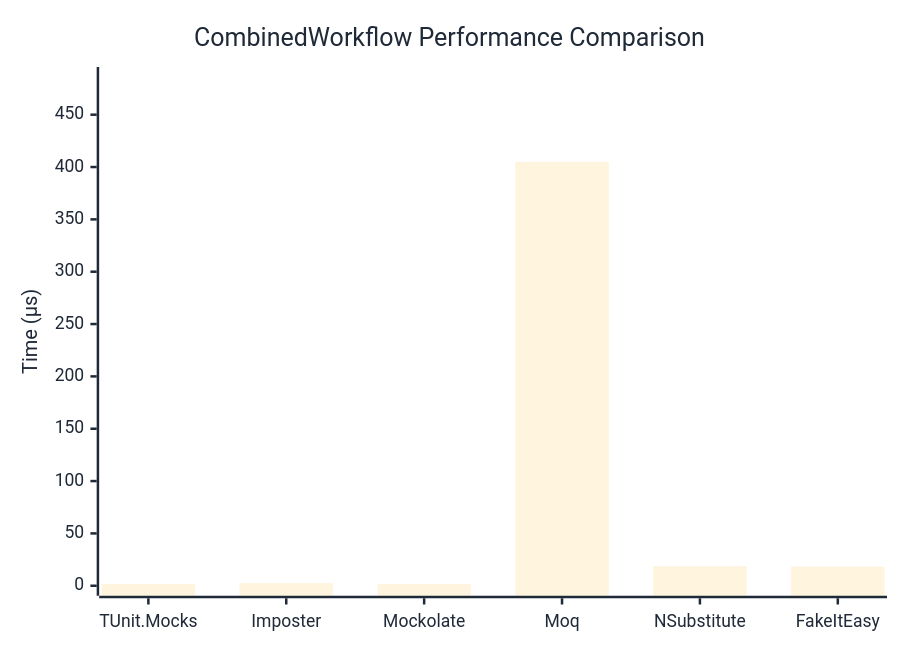
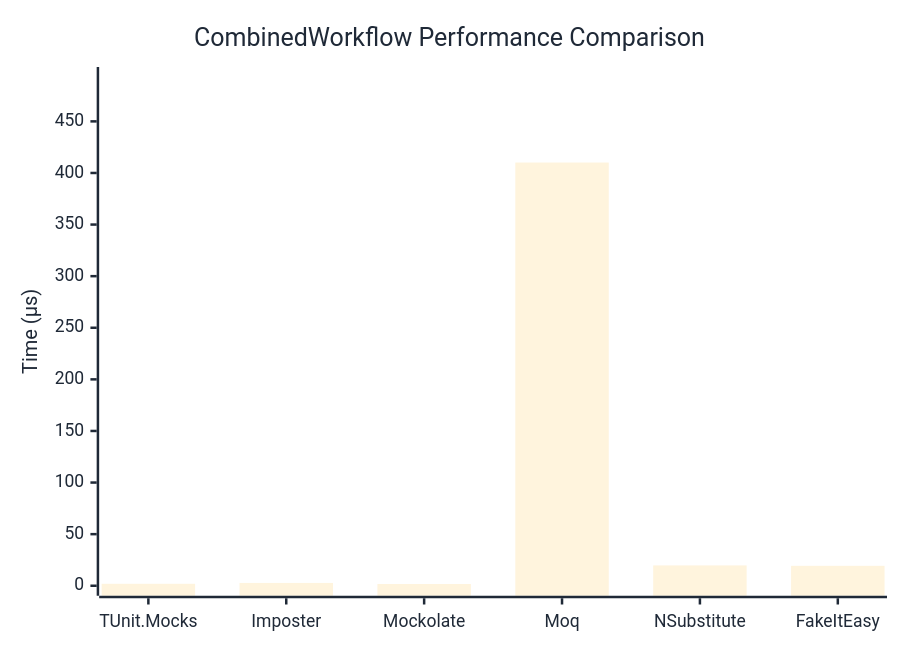
The diagram in docs/docs/benchmarks/mocks/CombinedWorkflow.md (thomhurst/TUnit), drawn with Mermaid before and after one commit. The commit also changed other lines of this file and 14 other files, not shown here.

````diff
--- a/docs/docs/benchmarks/mocks/CombinedWorkflow.md
+++ b/docs/docs/benchmarks/mocks/CombinedWorkflow.md
@@ -30,27 +30,27 @@
 ```mermaid
 %%{init: {
   'theme':'base',
   'themeVariables': {
     'primaryColor': '#2563eb',
     'primaryTextColor': '#1f2937',
     'primaryBorderColor': '#1e40af',
     'lineColor': '#6b7280',
     'secondaryColor': '#7c3aed',
     'tertiaryColor': '#dc2626',
     'background': '#ffffff',
     'pie1': '#2563eb',
     'pie2': '#7c3aed',
     'pie3': '#dc2626',
     'pie4': '#f59e0b',
     'pie5': '#10b981',
     'pie6': '#06b6d4',
     'pie7': '#ec4899',
     'pie8': '#6366f1'
   }
 }}%%
 xychart-beta
   title "CombinedWorkflow Performance Comparison"
   x-axis ["TUnit.Mocks", "Imposter", "Mockolate", "Moq", "NSubstitute", "FakeItEasy"]
-  y-axis "Time (μs)" 0 --> 486
-  bar [1.812, 2.554, 1.587, 404.897, 18.618, 18.261]
+  y-axis "Time (μs)" 0 --> 493
+  bar [1.908, 2.741, 1.718, 410.115, 19.715, 19.303]
 ```
````
